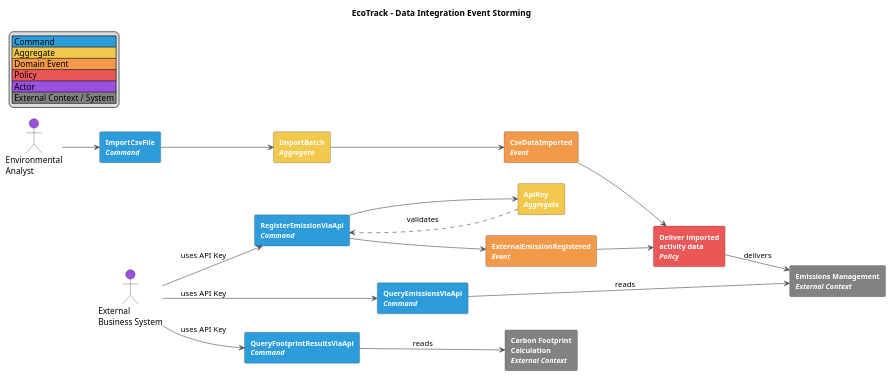
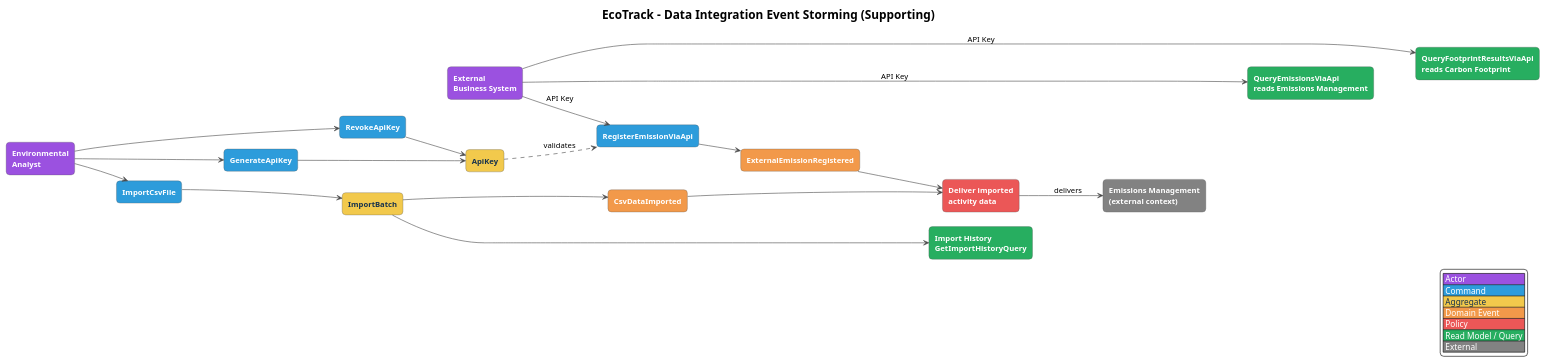
One commit to Horizon-OpenSource/report changed the diagram in docs/diagrams/event-storming/ecotrack-event-storming-data-integration.puml. Above: the diagram before and after it, drawn with PlantUML. The commit also changed 18 other files, not shown here.

Commit message:
docs(report): improve event storming, context, container and database diagrams

```diff
--- a/docs/diagrams/event-storming/ecotrack-event-storming-data-integration.puml
+++ b/docs/diagrams/event-storming/ecotrack-event-storming-data-integration.puml
@@ -1,60 +1,100 @@
 @startuml
-title EcoTrack - Data Integration Event Storming
 left to right direction
-skinparam packageStyle rectangle
 skinparam shadowing false
-skinparam defaultFontName Arial
-skinparam rectangle {
-  BorderColor #4A4A4A
-  FontColor #FFFFFF
-  FontStyle bold
-  FontSize 12
+skinparam defaultFontName Helvetica
+skinparam defaultFontSize 13
+skinparam backgroundColor white
+skinparam nodesep 25
+skinparam ranksep 70
+skinparam ArrowColor #4A4A4A
+skinparam RectangleBorderColor #555555
+skinparam RectangleFontStyle bold
+skinparam roundCorner 12
+skinparam rectangle<<ext>> {
+  BackgroundColor #828282
+  FontColor white
 }
-skinparam ArrowColor #4A4A4A
+skinparam rectangle<<rm>> {
+  BackgroundColor #27AE60
+  FontColor white
+}
+skinparam rectangle<<pol>> {
+  BackgroundColor #EB5757
+  FontColor white
+}
+skinparam rectangle<<evt>> {
+  BackgroundColor #F2994A
+  FontColor white
+}
+skinparam rectangle<<agg>> {
+  BackgroundColor #F2C94C
+  FontColor #17324D
+}
+skinparam rectangle<<cmd>> {
+  BackgroundColor #2D9CDB
+  FontColor white
+}
+skinparam rectangle<<actor>> {
+  BackgroundColor #9B51E0
+  FontColor white
+}
+skinparam titleFontSize 20
+hide stereotype
+title EcoTrack - Data Integration Event Storming (Supporting)
 
-legend top left
-  |<#2D9CDB> Command |
-  |<#F2C94C> Aggregate |
-  |<#F2994A> Domain Event |
-  |<#EB5757> Policy |
-  |<#9B51E0> Actor |
-  |<#828282> External Context / System |
+rectangle "Environmental\nAnalyst" as a <<actor>>
+rectangle "External\nBusiness System" as b <<actor>>
+rectangle "ImportCsvFile" as c1 <<cmd>>
+rectangle "GenerateApiKey" as c2 <<cmd>>
+rectangle "RevokeApiKey" as c3 <<cmd>>
+rectangle "RegisterEmissionViaApi" as c4 <<cmd>>
+rectangle "ImportBatch" as g1 <<agg>>
+rectangle "ApiKey" as g2 <<agg>>
+rectangle "CsvDataImported" as e1 <<evt>>
+rectangle "ExternalEmissionRegistered" as e4 <<evt>>
+rectangle "Deliver imported\nactivity data" as p <<pol>>
+rectangle "Emissions Management\n(external context)" as x <<ext>>
+rectangle "Import History\nGetImportHistoryQuery" as r1 <<rm>>
+rectangle "QueryEmissionsViaApi\nreads Emissions Management" as r2 <<rm>>
+rectangle "QueryFootprintResultsViaApi\nreads Carbon Footprint" as r3 <<rm>>
+
+a --> c1
+a --> c2
+a --> c3
+b --> c4 : API Key
+b --> r2 : API Key
+b --> r3 : API Key
+c1 --> g1
+c2 --> g2
+c3 --> g2
+g2 ..> c4 : validates
+c4 --> e4
+g1 --> e1
+e1 --> p
+e4 --> p
+p --> x : delivers
+g1 --> r1
+a -[hidden]down-> b
+c1 -[hidden]down-> c2
+c2 -[hidden]down-> c3
+c3 -[hidden]down-> c4
+g1 -[hidden]down-> g2
+e1 -[hidden]down-> e4
+r1 -[hidden]down-> x
+x -[hidden]down-> r2
+r2 -[hidden]down-> r3
+a -[hidden]right-> c1
+c1 -[hidden]right-> g1
+g1 -[hidden]right-> e1
+e1 -[hidden]right-> p
+p -[hidden]right-> r1
+legend right
+  |<#9B51E0><color:white> Actor </color>|
+  |<#2D9CDB><color:white> Command </color>|
+  |<#F2C94C><color:#17324D> Aggregate </color>|
+  |<#F2994A><color:white> Domain Event </color>|
+  |<#EB5757><color:white> Policy </color>|
+  |<#27AE60><color:white> Read Model / Query </color>|
+  |<#828282><color:white> External </color>|
 endlegend
-
-actor "Environmental\nAnalyst" as Analyst #9B51E0
-actor "External\nBusiness System" as External #9B51E0
-rectangle "Emissions Management\n<i>External Context</i>" as Emissions #828282
-rectangle "Carbon Footprint\nCalculation\n<i>External Context</i>" as Footprint #828282
-
-rectangle "ImportCsvFile\n<i>Command</i>" as CmdCsv #2D9CDB
-rectangle "ImportBatch\n<i>Aggregate</i>" as AggBatch #F2C94C
-rectangle "CsvDataImported\n<i>Event</i>" as EvtCsv #F2994A
-
-rectangle "RegisterEmissionViaApi\n<i>Command</i>" as CmdApiReg #2D9CDB
-rectangle "ApiKey\n<i>Aggregate</i>" as AggKey #F2C94C
-rectangle "ExternalEmissionRegistered\n<i>Event</i>" as EvtApiReg #F2994A
-
-rectangle "QueryEmissionsViaApi\n<i>Command</i>" as CmdApiQueryEm #2D9CDB
-rectangle "QueryFootprintResultsViaApi\n<i>Command</i>" as CmdApiQueryFp #2D9CDB
-
-rectangle "Deliver imported\nactivity data\n<i>Policy</i>" as PolicyDeliver #EB5757
-
-Analyst --> CmdCsv
-CmdCsv --> AggBatch
-AggBatch --> EvtCsv
-EvtCsv --> PolicyDeliver
-PolicyDeliver --> Emissions : delivers
-
-External --> CmdApiReg : uses API Key
-CmdApiReg --> AggKey
-AggKey ..> CmdApiReg : validates
-CmdApiReg --> EvtApiReg
-EvtApiReg --> PolicyDeliver
-
-External --> CmdApiQueryEm : uses API Key
-CmdApiQueryEm --> Emissions : reads
-
-External --> CmdApiQueryFp : uses API Key
-CmdApiQueryFp --> Footprint : reads
-
 @enduml
```
